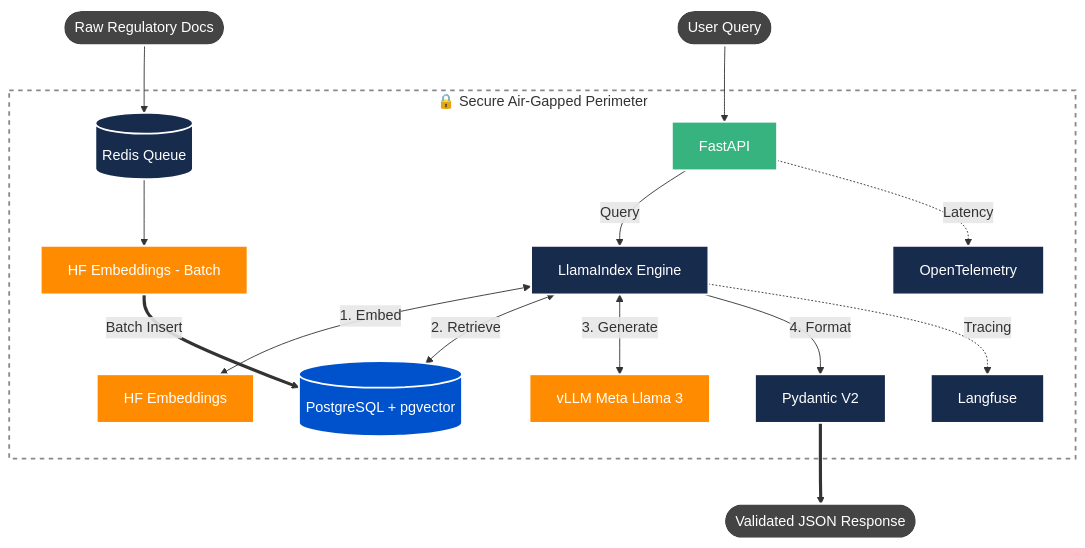
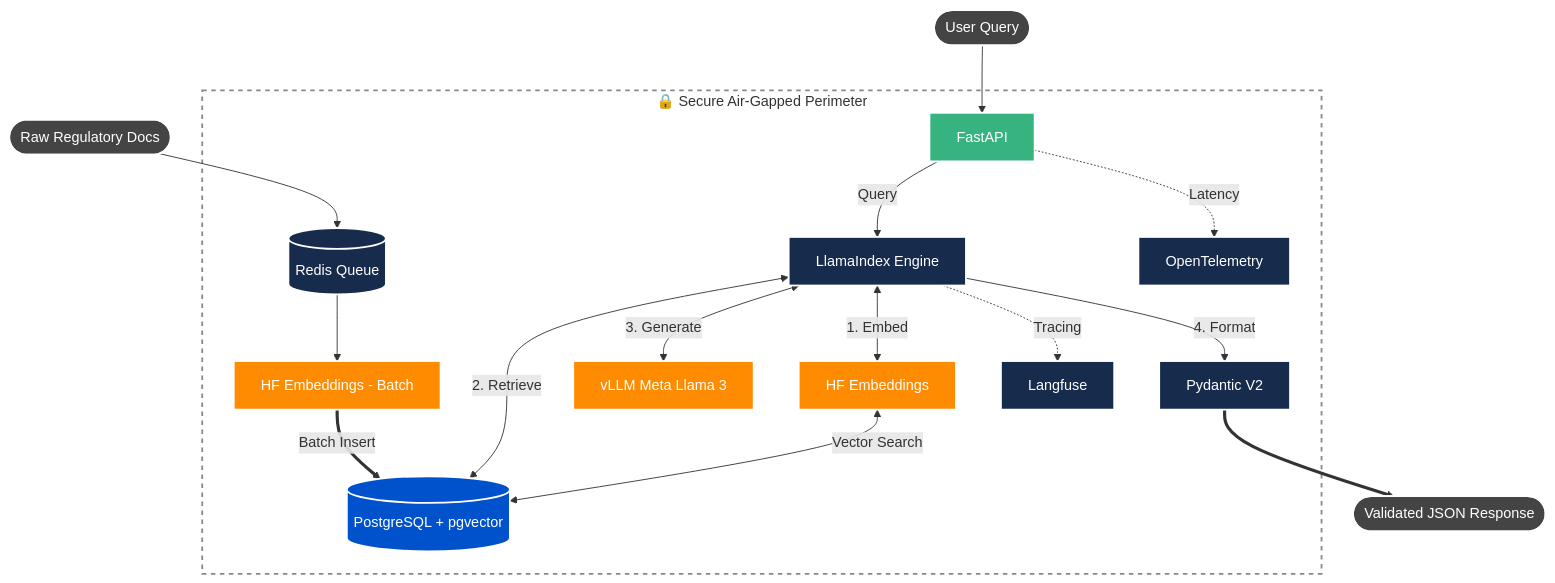
Before and after one commit to vinaysuda/sovereign-rag-benchmark: the diagram in README.md, drawn with Mermaid.

Commit message:
docs: update README to include vector search connection in system architecture
- Added a connection from E2 to DB for vector search in the architecture diagram.
- Improved overall clarity of the system flow representation.

````diff
--- a/README.md
+++ b/README.md
@@ -18,60 +18,62 @@
 ```mermaid
 flowchart TD
     %% --- Node Styling ---
     classDef db fill:#0052CC,stroke:#fff,stroke-width:2px,color:#fff
     classDef ai fill:#FF8B00,stroke:#fff,stroke-width:2px,color:#fff
     classDef core fill:#172B4D,stroke:#fff,stroke-width:2px,color:#fff
     classDef api fill:#36B37E,stroke:#fff,stroke-width:2px,color:#fff
     classDef external fill:#444,stroke:#fff,stroke-width:2px,color:#fff
 
     Req([User Query]):::external
     Doc([Raw Regulatory Docs]):::external
 
     subgraph VPC [🔒 Secure Air-Gapped Perimeter]
         
         %% Pipeline Nodes
         Q[(Redis Queue)]:::core
         E1[HF Embeddings - Batch]:::ai
         
         App[FastAPI]:::api
         Engine[LlamaIndex Engine]:::core
         
         E2[HF Embeddings]:::ai
         LLM[vLLM Meta Llama 3]:::ai
         Val[Pydantic V2]:::core
         
         DB[(PostgreSQL + pgvector)]:::db
 
         Otel[OpenTelemetry]:::core
         Lang[Langfuse]:::core
 
         %% --- Routing Flow ---
         
         %% 1. Ingestion Pipeline
         Q --> E1
         E1 ==>|Batch Insert| DB
 
         %% 2. Inference Pipeline (FIXED LOGIC)
         App -->|Query| Engine
         
         %% Engine acts as the Orchestrator
         Engine <-->|1. Embed| E2
         Engine <-->|2. Retrieve| DB
         Engine <-->|3. Generate| LLM
         Engine -->|4. Format| Val
         
+        E2 <-->|Vector Search| DB
+        
         %% 3. Observability 
         App -.->|Latency| Otel
         Engine -.->|Tracing| Lang
     end
 
     Out([Validated JSON Response]):::external
 
     %% --- External Perimeters ---
     Doc --> Q
     Req --> App
     Val ==> Out
 
     %% --- Theme Compatibility ---
     style VPC fill:transparent,stroke:#888,stroke-dasharray: 5 5,stroke-width:2px
 ```
````
